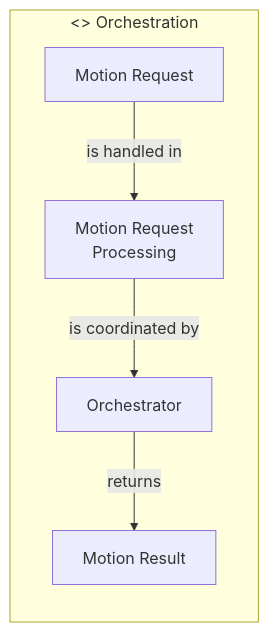
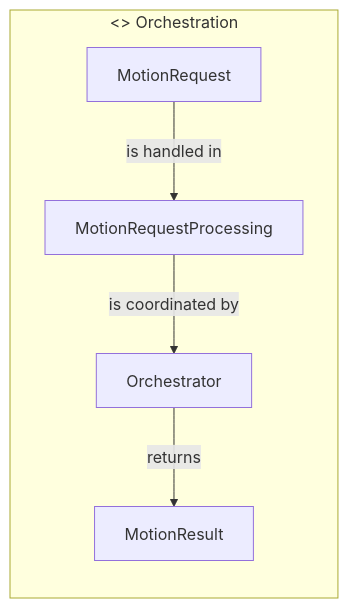
One commit to butz1999/inverse_kinematik changed the third of 7 diagrams in doc/projektbeschreibung.md. Above: the diagram before and after it, drawn with Mermaid. The commit also changed other lines of this file, not shown here.

Commit message:
Doku Konsistenzprüfung Architekturdiagramme

````diff
--- a/doc/projektbeschreibung.md
+++ b/doc/projektbeschreibung.md
@@ -477,13 +484,13 @@
 ```mermaid
 flowchart LR
     subgraph CTRL["<<component>> Orchestration"]
         B1[Orchestrator]
-        B2[Motion Request]
-        B3[Motion Result]
-        B4[Motion Request\nProcessing]
+        B2[MotionRequest]
+        B3[MotionResult]
+        B4[MotionRequestProcessing]
 
         B2 -->|is handled in| B4
         B4 -->|is coordinated by| B1
         B1 -->|returns| B3
     end
 ```
````
